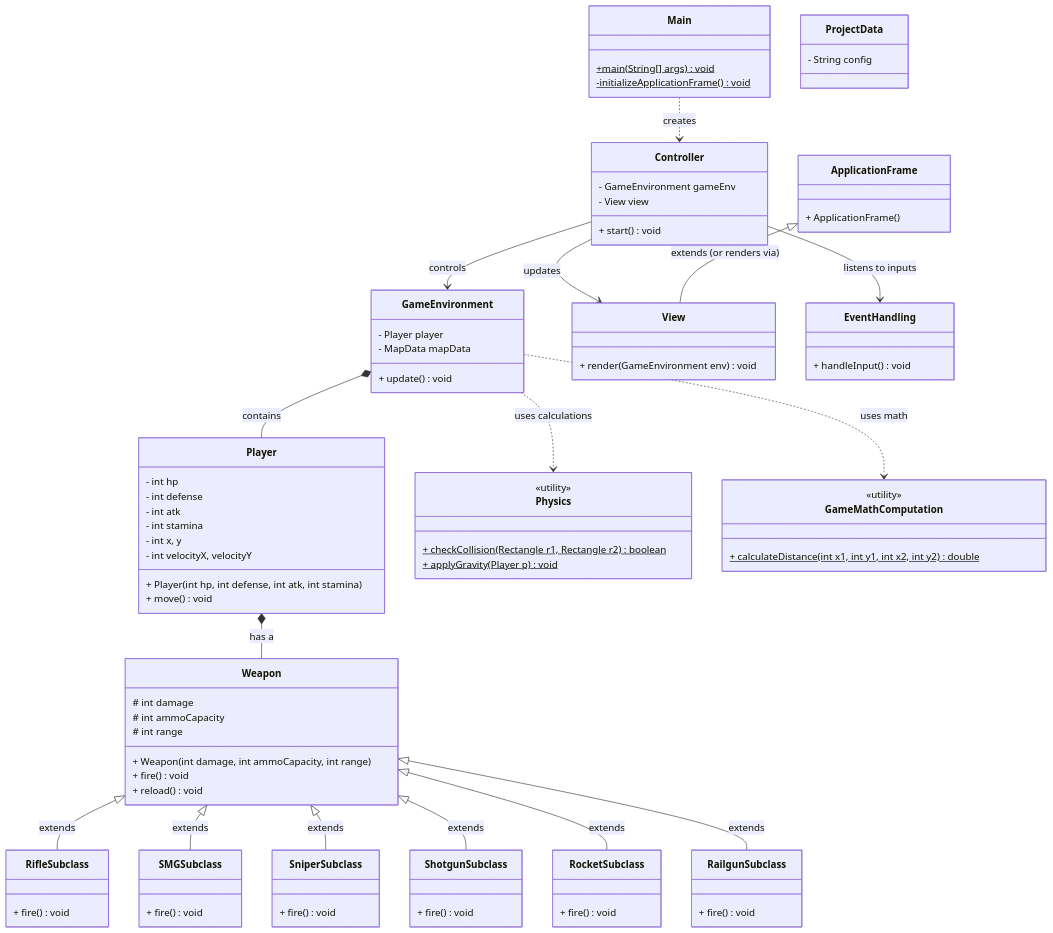
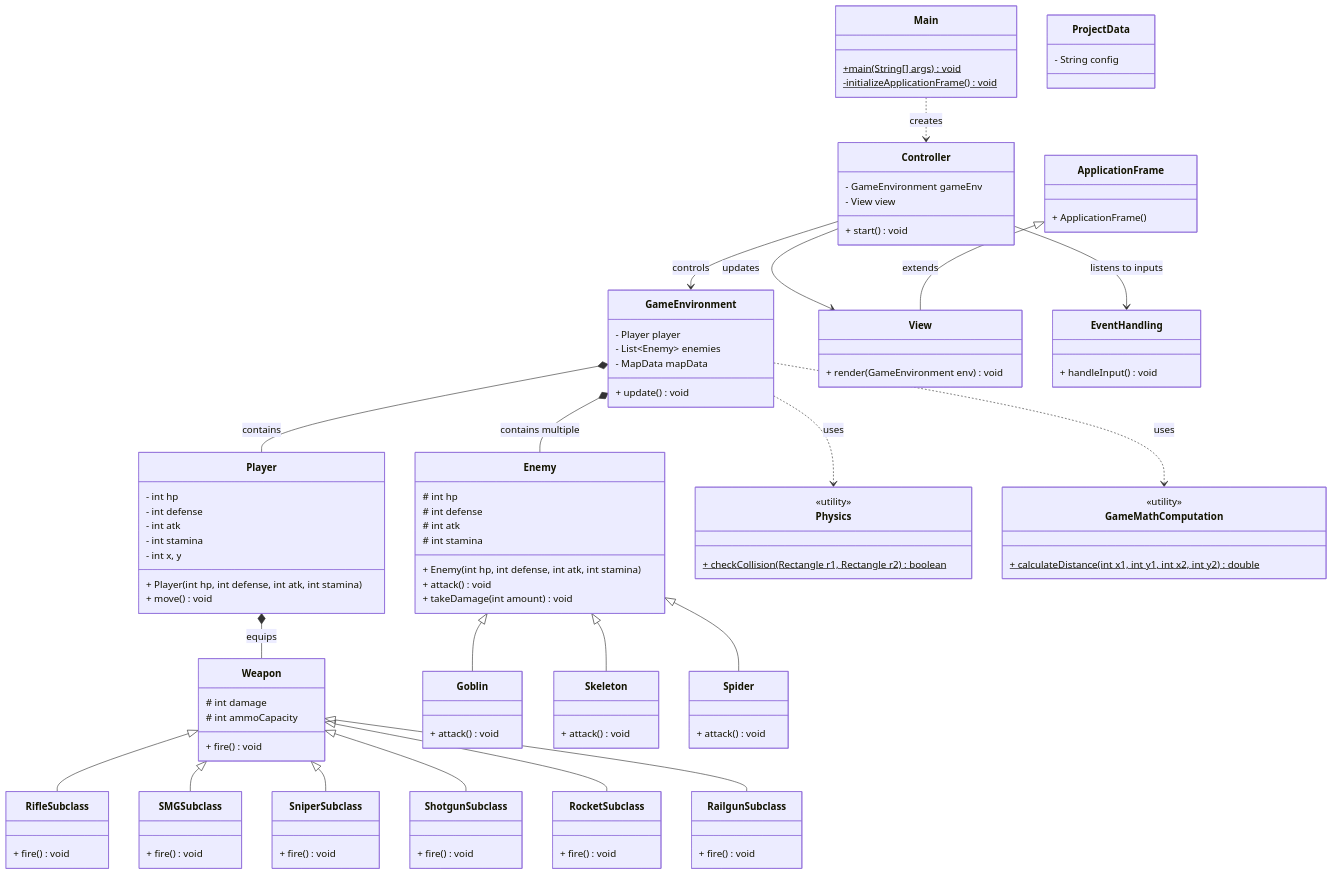
The diagram in diagram.md (Duckyduckyquac/CSS123P_FinalProject), drawn with Mermaid before and after one commit.

````diff
--- a/diagram.md
+++ b/diagram.md
@@ -19,6 +19,7 @@
 
 class GameEnvironment {
     - Player player
+    - List~Enemy~ enemies
     - MapData mapData
     + update() void
 }
@@ -29,7 +30,6 @@
     - int atk
     - int stamina
     - int x, y
-    - int velocityX, velocityY
     + Player(int hp, int defense, int atk, int stamina)
     + move() void
 }
@@ -37,10 +37,7 @@
 class Weapon {
     # int damage
     # int ammoCapacity
-    # int range
-    + Weapon(int damage, int ammoCapacity, int range)
     + fire() void
-    + reload() void
 }
 
 class RifleSubclass {
@@ -67,17 +64,31 @@
     + fire() void
 }
 
-%% Inheritance relationships
-Weapon <|-- RifleSubclass:extends
-Weapon <|-- SMGSubclass:extends
-Weapon <|-- SniperSubclass:extends
-Weapon <|-- ShotgunSubclass:extends
-Weapon <|-- RocketSubclass:extends
-Weapon <|-- RailgunSubclass:extends
+class Enemy {
+    # int hp
+    # int defense
+    # int atk
+    # int stamina
+    + Enemy(int hp, int defense, int atk, int stamina)
+    + attack() void
+    + takeDamage(int amount) void
+}
+
+class Goblin {
+    + attack() void
+}
+
+class Skeleton {
+    + attack() void
+}
+
+class Spider {
+    + attack() void
+}
+
 class Physics {
     <<utility>>
     + checkCollision(Rectangle r1, Rectangle r2)$ boolean
-    + applyGravity(Player p)$ void
 }
 
 class GameMathComputation {
@@ -101,13 +112,24 @@
     - String config
 }
 
+%% Relationships
 Main ..> Controller : creates
 Controller --> GameEnvironment : controls
 Controller --> View : updates
-ApplicationFrame <|-- View : extends (or renders via)
+ApplicationFrame <|-- View : extends
 GameEnvironment *-- Player : contains
-Player *-- Weapon : has a
-GameEnvironment ..> Physics : uses calculations
-GameEnvironment ..> GameMathComputation : uses math
+GameEnvironment *-- Enemy : contains multiple
+Player *-- Weapon : equips
+Weapon <|-- RifleSubclass
+Weapon <|-- SMGSubclass
+Weapon <|-- SniperSubclass
+Weapon <|-- ShotgunSubclass
+Weapon <|-- RocketSubclass
+Weapon <|-- RailgunSubclass
+Enemy <|-- Goblin
+Enemy <|-- Skeleton
+Enemy <|-- Spider
+GameEnvironment ..> Physics : uses
+GameEnvironment ..> GameMathComputation : uses
 Controller --> EventHandling : listens to inputs
 ```
````
